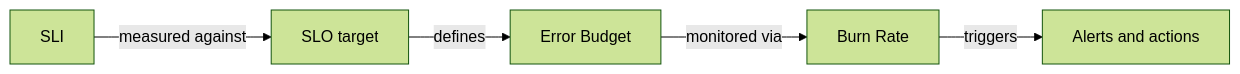
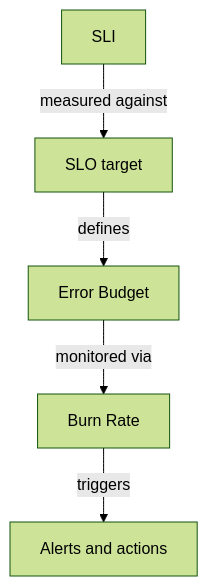
Before and after one commit to radra23/scryops-site: the first of 6 diagrams in content/guides/slos-and-error-budgets.md, drawn with Mermaid (forest theme). The commit also changed 49 other files, not shown here.

First line of the commit message:
fix(diagrams): fit the 18 live Mermaid diagrams that panned under the 12/14 floor

```diff
--- a/content/guides/slos-and-error-budgets.md
+++ b/content/guides/slos-and-error-budgets.md
@@ -22,7 +22,7 @@
 {{< mermaid caption="Fig. — An SLI feeds an SLO target, which defines the error budget; burn rate tracks how fast that budget is spent and triggers alerts and actions." >}}
-graph LR
+graph TD
     A[SLI] -->|measured against| B[SLO target]
     B -->|defines| C[Error Budget]
     C -->|monitored via| D[Burn Rate]
     D -->|triggers| E[Alerts and actions]
 {{< /mermaid >}}
```
